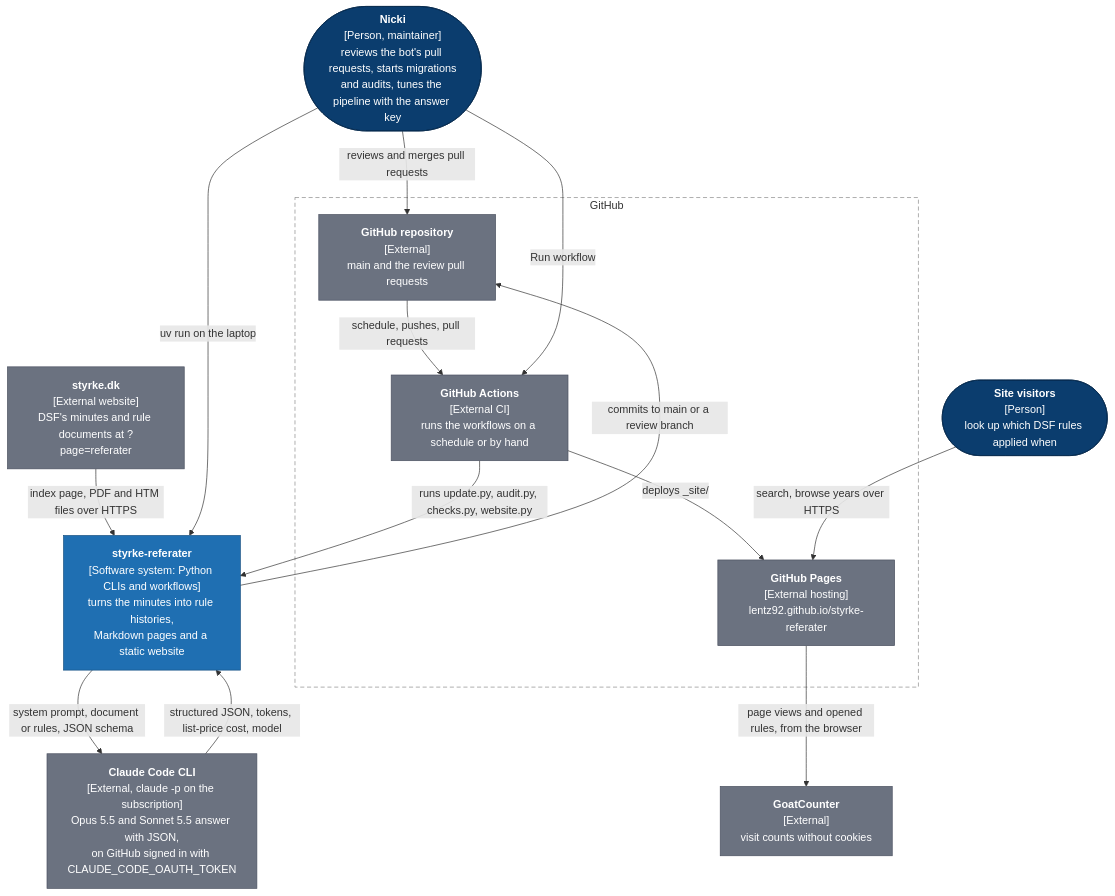
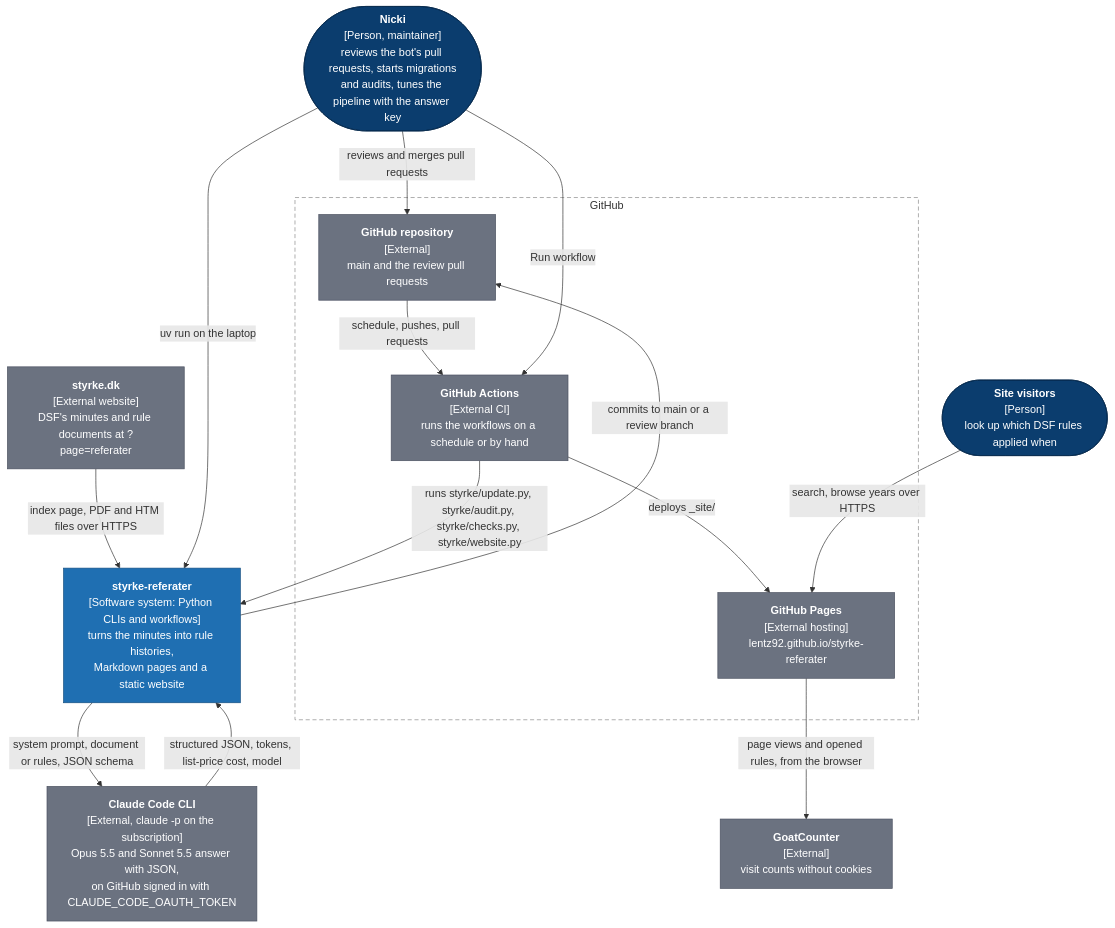
One commit to Lentz92/styrke-referater changed the sixth of 11 diagrams in docs/architecture.md. Above: the diagram before and after it, drawn with Mermaid. The commit also changed other lines of this file and 43 other files, not shown here.

````diff
--- a/docs/architecture.md
+++ b/docs/architecture.md
@@ -384,38 +385,38 @@
 ```mermaid
 flowchart TB
   %% Sources. docs/operations.md On GitHub, docs/how-it-works.md Website. GoatCounter: website/template.html.
   %% Token: update.yml and audit.yml read the secret CLAUDE_CODE_OAUTH_TOKEN and refuse ANTHROPIC_API_KEY.
 
   nicki(["<b>Nicki</b><br/>[Person, maintainer]<br/>reviews the bot's pull requests, starts migrations<br/>and audits, tunes the pipeline with the answer key"]):::person
   visitors(["<b>Site visitors</b><br/>[Person]<br/>look up which DSF rules applied when"]):::person
   sr["<b>styrke-referater</b><br/>[Software system: Python CLIs and workflows]<br/>turns the minutes into rule histories,<br/>Markdown pages and a static website"]:::code
   styrke["<b>styrke.dk</b><br/>[External website]<br/>DSF's minutes and rule documents at ?page=referater"]:::ext
   claude["<b>Claude Code CLI</b><br/>[External, claude -p on the subscription]<br/>Opus 5.5 and Sonnet 5.5 answer with JSON,<br/>on GitHub signed in with CLAUDE_CODE_OAUTH_TOKEN"]:::ext
   goat["<b>GoatCounter</b><br/>[External]<br/>visit counts without cookies"]:::ext
   subgraph GH["GitHub"]
     gha["<b>GitHub Actions</b><br/>[External CI]<br/>runs the workflows on a schedule or by hand"]:::ext
     repo["<b>GitHub repository</b><br/>[External]<br/>main and the review pull requests"]:::ext
     pages["<b>GitHub Pages</b><br/>[External hosting]<br/>lentz92.github.io/styrke-referater"]:::ext
   end
 
   styrke -->|"index page, PDF and HTM files over HTTPS"| sr
   sr -->|"system prompt, document or rules, JSON schema"| claude
   claude -->|"structured JSON, tokens, list-price cost, model"| sr
-  gha -->|"runs update.py, audit.py, checks.py, website.py"| sr
+  gha -->|"runs styrke/update.py, styrke/audit.py, styrke/checks.py, styrke/website.py"| sr
   sr -->|"commits to main or a review branch"| repo
   repo -->|"schedule, pushes, pull requests"| gha
   gha -->|"deploys _site/"| pages
   nicki -->|"reviews and merges pull requests"| repo
   nicki -->|"Run workflow"| gha
   nicki -->|"uv run on the laptop"| sr
   visitors -->|"search, browse years over HTTPS"| pages
   pages -->|"page views and opened rules, from the browser"| goat
 
   style GH fill:none,stroke:#8a8a8a,stroke-dasharray:6 4
   classDef person fill:#0b3d6e,stroke:#072a4d,color:#ffffff
   classDef code fill:#1f6fb2,stroke:#154f80,color:#ffffff
   classDef claude fill:#c2410c,stroke:#8a2e08,color:#ffffff
   classDef ext fill:#6b7280,stroke:#4b5160,color:#ffffff
   classDef store fill:#2f7d5b,stroke:#1f5a40,color:#ffffff
   classDef guard fill:#8e244d,stroke:#5f1833,color:#ffffff
 ```
````
